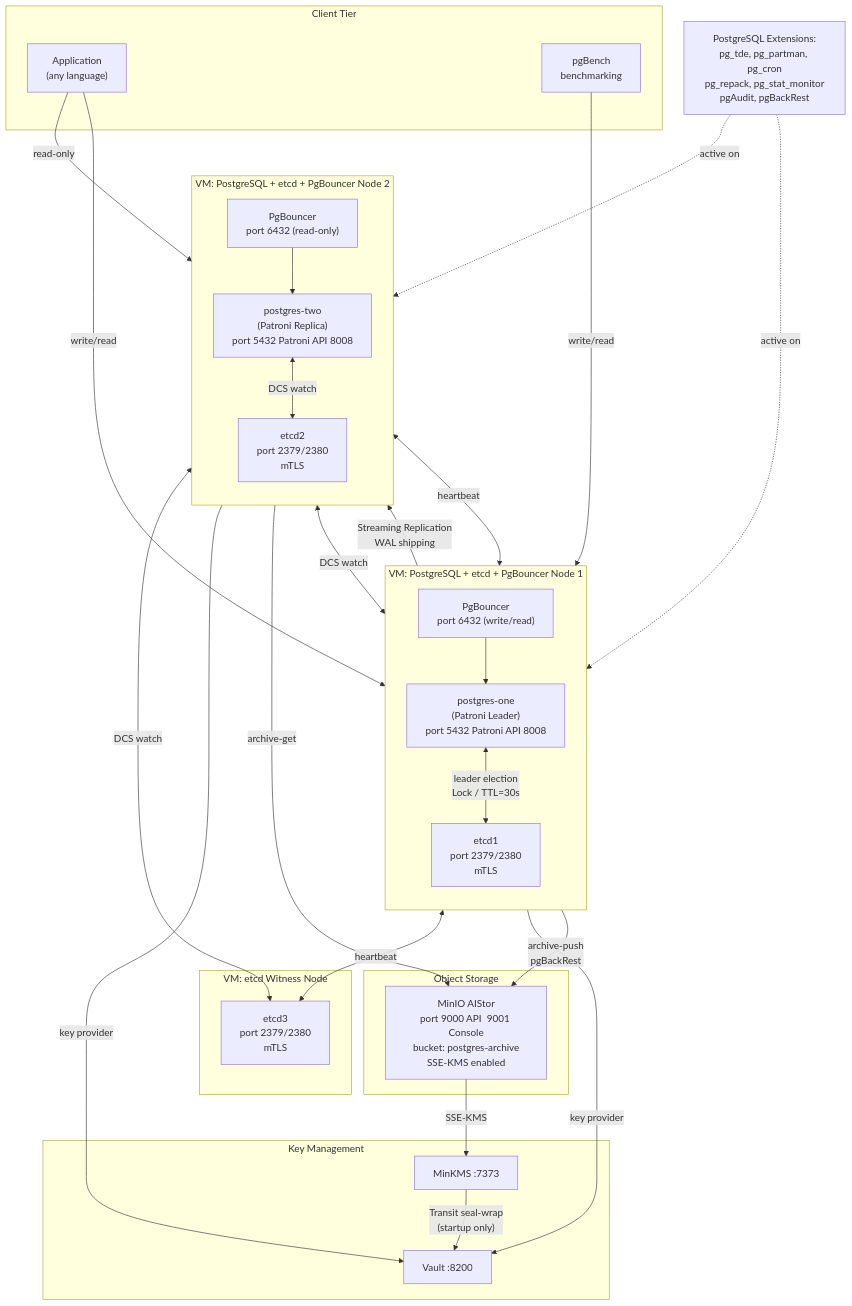
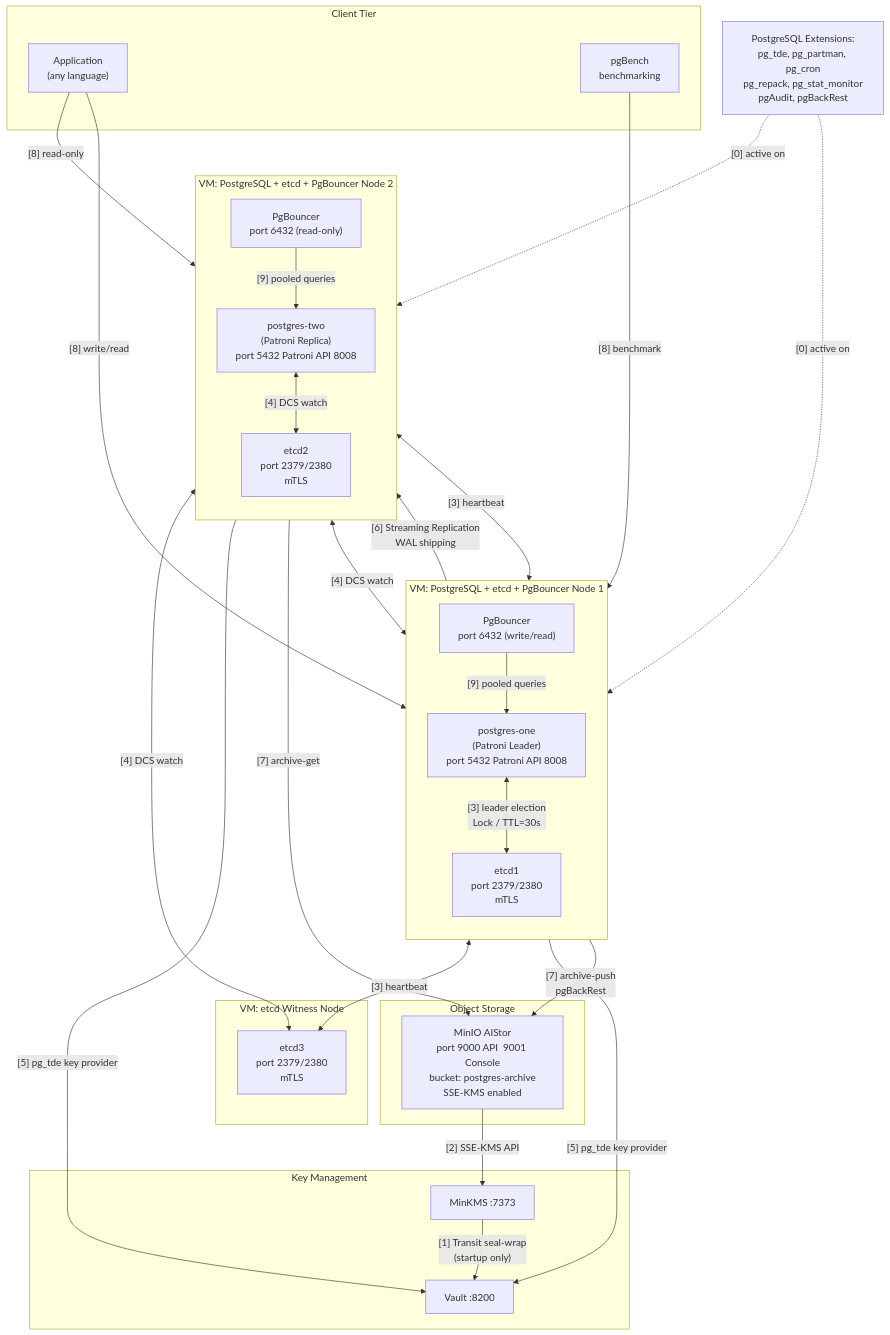
Before and after one commit to xdenistwn/patroni-postgres-tde: the diagram in docs/README.md, drawn with Mermaid. The commit also changed other lines of this file, not shown here.

Commit message:
docs: add chronological boot sequence markers and descriptive flow to architecture diagram

````diff
--- a/docs/README.md
+++ b/docs/README.md
@@ -9,63 +9,63 @@
 ```mermaid
 graph TD
     subgraph "Client Tier"
         APP["Application\n(any language)"]
         BENCH["pgBench\nbenchmarking"]
     end
 
     subgraph "VM: PostgreSQL + etcd + PgBouncer Node 1"
         direction TB
         PGB1["PgBouncer\nport 6432  (write/read)"]
         PG1["postgres-one\n(Patroni Leader)\nport 5432  Patroni API 8008"]
         E1["etcd1\nport 2379/2380\nmTLS"]
     end
 
     subgraph "VM: PostgreSQL + etcd + PgBouncer Node 2"
         direction TB
         PGB2["PgBouncer\nport 6432  (read-only)"]
         PG2["postgres-two\n(Patroni Replica)\nport 5432  Patroni API 8008"]
         E2["etcd2\nport 2379/2380\nmTLS"]
     end
 
     subgraph "VM: etcd Witness Node"
         E3["etcd3\nport 2379/2380\nmTLS"]
     end
 
-    PG1 -- "Streaming Replication\nWAL shipping" --> PG2
+    PG1 -- "[6] Streaming Replication\nWAL shipping" --> PG2
 
     subgraph "Key Management"
         VAULT["Vault :8200"]
         MINKMS["MinKMS :7373"]
     end
 
     subgraph "Object Storage"
         MINIO["MinIO AIStor\nport 9000 API  9001 Console\nbucket: postgres-archive\nSSE-KMS enabled"]
     end
 
     EXT["PostgreSQL Extensions:\npg_tde, pg_partman, pg_cron\npg_repack, pg_stat_monitor\npgAudit, pgBackRest"]
 
-    APP -->|"write/read"| PGB1
-    APP -->|"read-only"| PGB2
-    BENCH -->|"write/read"| PGB1
-    PGB1 --> PG1
-    PGB2 --> PG2
+    APP -->|"[8] write/read"| PGB1
+    APP -->|"[8] read-only"| PGB2
+    BENCH -->|"[8] benchmark"| PGB1
+    PGB1 -->|"[9] pooled queries"| PG1
+    PGB2 -->|"[9] pooled queries"| PG2
 
-    PG1 <-->|"leader election\nLock / TTL=30s"| E1
-    PG1 <-->|"heartbeat"| E2
-    PG1 <-->|"heartbeat"| E3
-    PG2 <-->|"DCS watch"| E1
-    PG2 <-->|"DCS watch"| E2
-    PG2 <-->|"DCS watch"| E3
+    PG1 <-->|"[3] leader election\nLock / TTL=30s"| E1
+    PG1 <-->|"[3] heartbeat"| E2
+    PG1 <-->|"[3] heartbeat"| E3
+    PG2 <-->|"[4] DCS watch"| E1
+    PG2 <-->|"[4] DCS watch"| E2
+    PG2 <-->|"[4] DCS watch"| E3
 
-    PG1 -->|"key provider"| VAULT
-    PG2 -->|"key provider"| VAULT
+    PG1 -->|"[5] pg_tde key provider"| VAULT
+    PG2 -->|"[5] pg_tde key provider"| VAULT
 
-    PG1 -->|"archive-push\npgBackRest"| MINIO
-    PG2 -->|"archive-get"| MINIO
+    PG1 -->|"[7] archive-push\npgBackRest"| MINIO
+    PG2 -->|"[7] archive-get"| MINIO
 
-    MINIO -->|"SSE-KMS"| MINKMS
-    MINKMS -->|"Transit seal-wrap\n(startup only)"| VAULT
+    MINIO -->|"[2] SSE-KMS API"| MINKMS
+    MINKMS -->|"[1] Transit seal-wrap\n(startup only)"| VAULT
 
-    EXT -.->|"active on"| PG1
-    EXT -.->|"active on"| PG2
+    EXT -.->|"[0] active on"| PG1
+    EXT -.->|"[0] active on"| PG2
 ```
````
